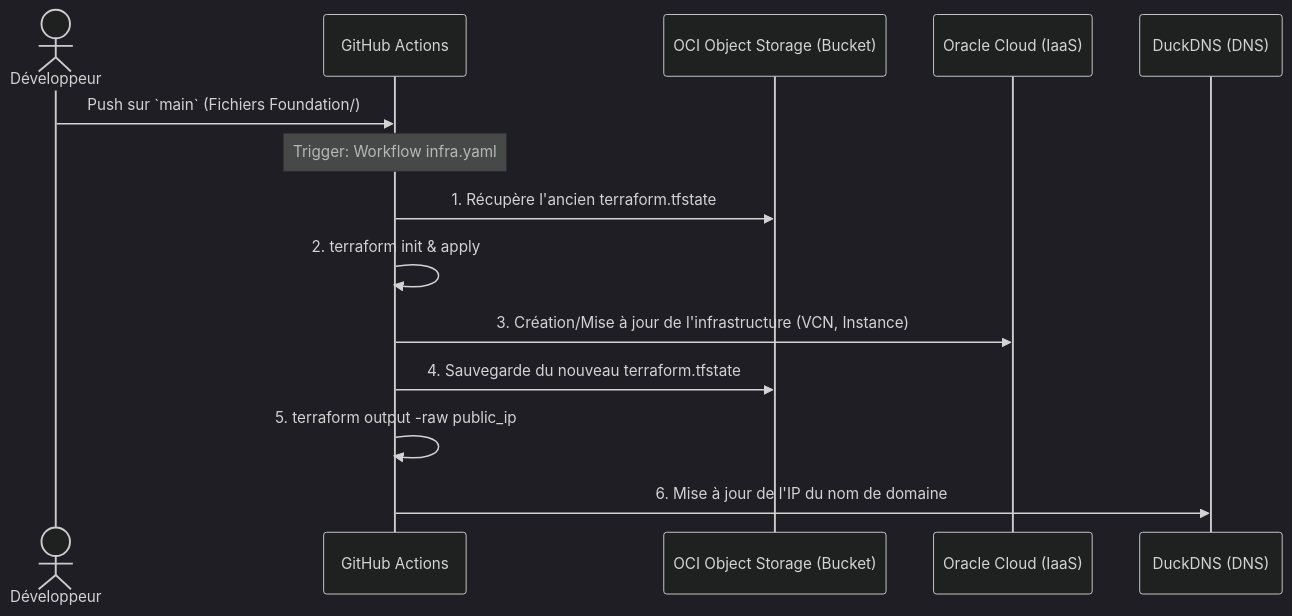
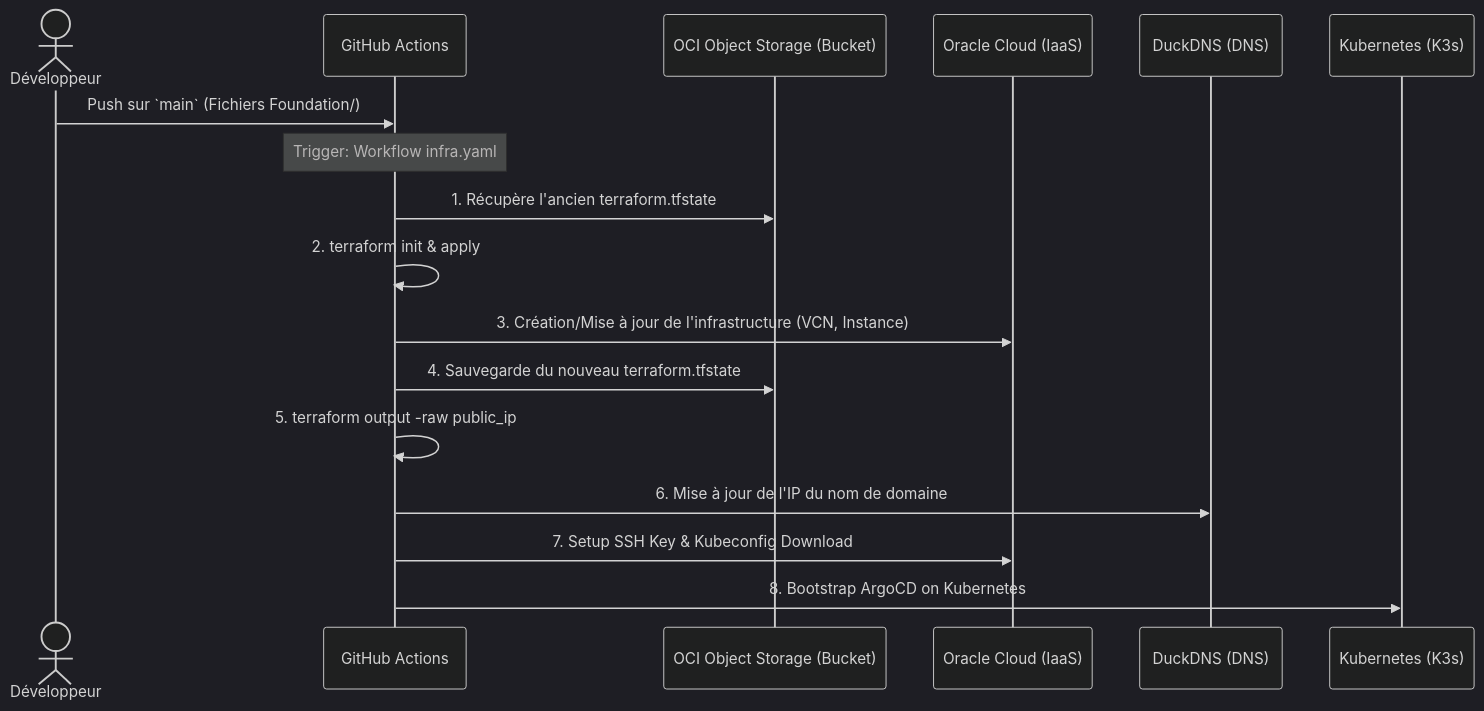
Before and after one commit to Noureddine-t/virtualisation-et-cloud-computing: the second of 2 diagrams in Foundation/README.md, drawn with Mermaid (dark theme). The commit also changed other lines of this file and 41 other files, not shown here.

First line of the commit message:
refactor: migrate to microservices Helm charts and App of Apps pattern

````diff
--- a/Foundation/README.md
+++ b/Foundation/README.md
@@ -83,17 +83,20 @@
 ```mermaid
 sequenceDiagram
     actor Dev as Développeur
     participant GitHub as GitHub Actions
     participant OCI_Storage as OCI Object Storage (Bucket)
     participant OCI as Oracle Cloud (IaaS)
     participant DuckDNS as DuckDNS (DNS)
+    participant K8s as Kubernetes (K3s)
 
     Dev->>GitHub: Push sur `main` (Fichiers Foundation/)
     note over GitHub: Trigger: Workflow infra.yaml
     GitHub->>OCI_Storage: 1. Récupère l'ancien terraform.tfstate
     GitHub->>GitHub: 2. terraform init & apply
     GitHub->>OCI: 3. Création/Mise à jour de l'infrastructure (VCN, Instance)
     GitHub->>OCI_Storage: 4. Sauvegarde du nouveau terraform.tfstate
     GitHub->>GitHub: 5. terraform output -raw public_ip
     GitHub->>DuckDNS: 6. Mise à jour de l'IP du nom de domaine
+    GitHub->>OCI: 7. Setup SSH Key & Kubeconfig Download
+    GitHub->>K8s: 8. Bootstrap ArgoCD on Kubernetes
 ```
````
